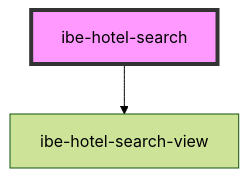
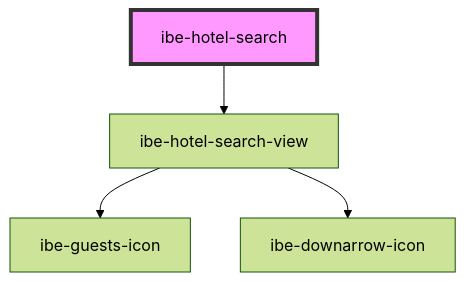
Before and after one commit to Ishanz23/hotel-search-widget: the diagram in src/components/ibe-hotel-search/readme.md, drawn with Mermaid (forest theme). The commit also changed 14 other files, not shown here.

````diff
--- a/src/components/ibe-hotel-search/readme.md
+++ b/src/components/ibe-hotel-search/readme.md
@@ -26,5 +26,7 @@
 ```mermaid
 graph TD;
   ibe-hotel-search --> ibe-hotel-search-view
+  ibe-hotel-search-view --> ibe-guests-icon
+  ibe-hotel-search-view --> ibe-downarrow-icon
   style ibe-hotel-search fill:#f9f,stroke:#333,stroke-width:4px
 ```
````
